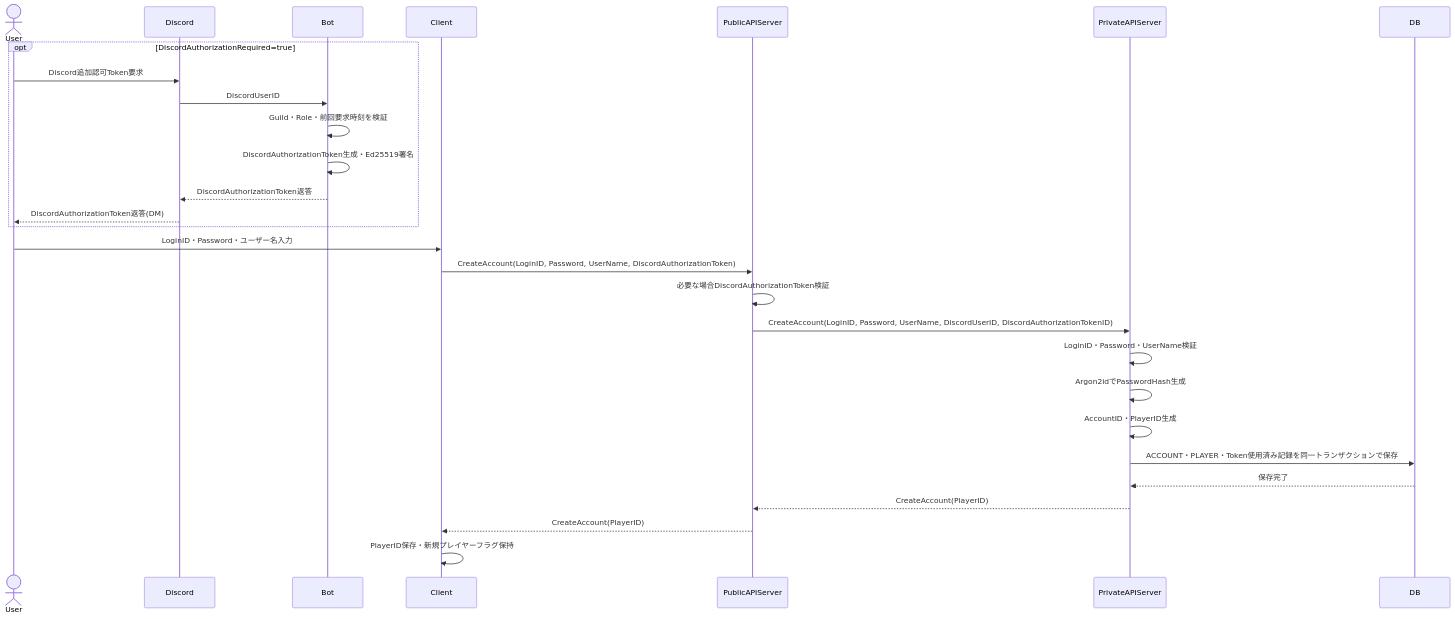
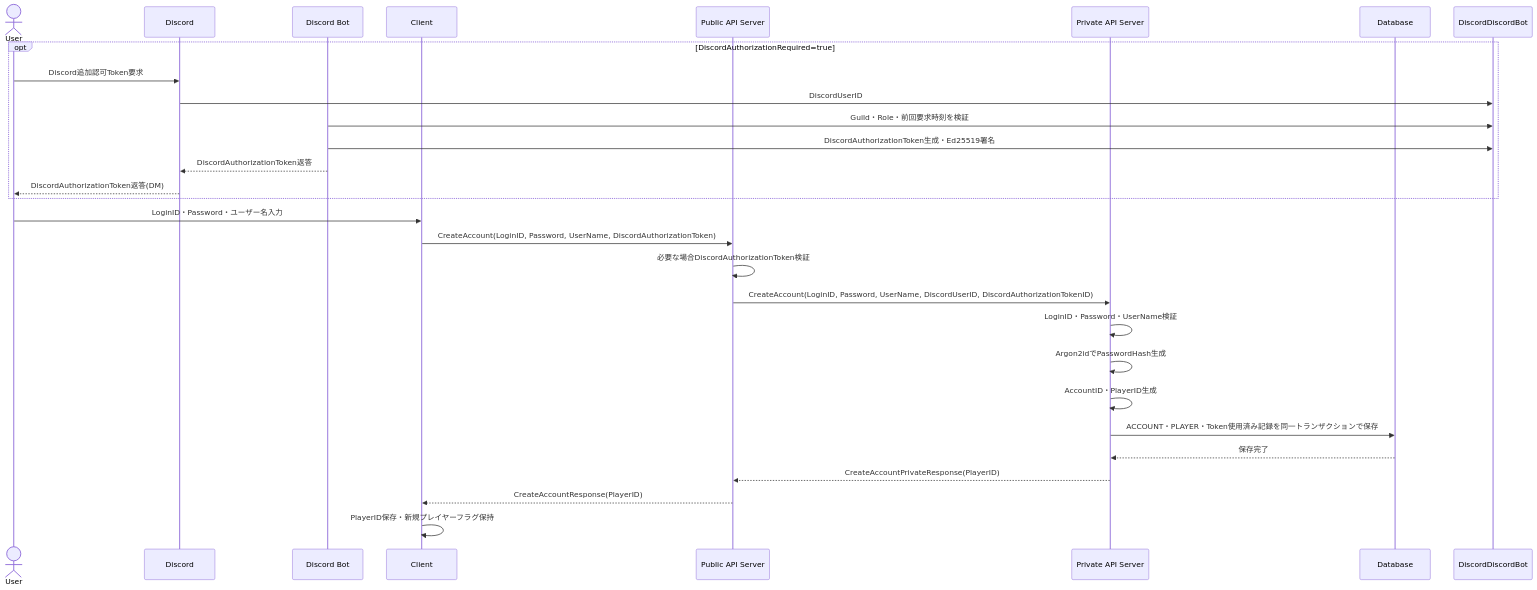
The first of 4 diagrams in design/server/session.md (ReHydrangeaOdyssey/Specifications), drawn with Mermaid before and after one commit. The commit also changed other lines of this file and 12 other files, not shown here.

Commit message:
図などの名称の統一

````diff
--- a/design/server/session.md
+++ b/design/server/session.md
@@ -132,32 +132,32 @@
 ```mermaid
 sequenceDiagram
     actor User
     participant Discord
-    participant Bot
+    participant DiscordBot as Discord Bot
     participant Client
-    participant PublicAPIServer
-    participant PrivateAPIServer
-    participant DB
+    participant PublicAPIServer as Public API Server
+    participant PrivateAPIServer as Private API Server
+    participant Database
 
     opt DiscordAuthorizationRequired=true
         User->>Discord: Discord追加認可Token要求
-        Discord->>Bot: DiscordUserID
-        Bot->>Bot: Guild・Role・前回要求時刻を検証
-        Bot->>Bot: DiscordAuthorizationToken生成・Ed25519署名
-        Bot-->>Discord: DiscordAuthorizationToken返答
+        Discord->>DiscordDiscordBot: DiscordUserID
+        DiscordBot->>DiscordDiscordBot: Guild・Role・前回要求時刻を検証
+        DiscordBot->>DiscordDiscordBot: DiscordAuthorizationToken生成・Ed25519署名
+        DiscordBot-->>Discord: DiscordAuthorizationToken返答
         Discord-->>User: DiscordAuthorizationToken返答(DM)
     end
 
     User->>Client: LoginID・Password・ユーザー名入力
     Client->>PublicAPIServer: CreateAccount(LoginID, Password, UserName, DiscordAuthorizationToken)
     PublicAPIServer->>PublicAPIServer: 必要な場合DiscordAuthorizationToken検証
     PublicAPIServer->>PrivateAPIServer: CreateAccount(LoginID, Password, UserName, DiscordUserID, DiscordAuthorizationTokenID)
     PrivateAPIServer->>PrivateAPIServer: LoginID・Password・UserName検証
     PrivateAPIServer->>PrivateAPIServer: Argon2idでPasswordHash生成
     PrivateAPIServer->>PrivateAPIServer: AccountID・PlayerID生成
-    PrivateAPIServer->>DB: ACCOUNT・PLAYER・Token使用済み記録を同一トランザクションで保存
-    DB-->>PrivateAPIServer: 保存完了
-    PrivateAPIServer-->>PublicAPIServer: CreateAccount(PlayerID)
-    PublicAPIServer-->>Client: CreateAccount(PlayerID)
+    PrivateAPIServer->>Database: ACCOUNT・PLAYER・Token使用済み記録を同一トランザクションで保存
+    Database-->>PrivateAPIServer: 保存完了
+    PrivateAPIServer-->>PublicAPIServer: CreateAccountPrivateResponse(PlayerID)
+    PublicAPIServer-->>Client: CreateAccountResponse(PlayerID)
     Client->>Client: PlayerID保存・新規プレイヤーフラグ保持
 ```
````
